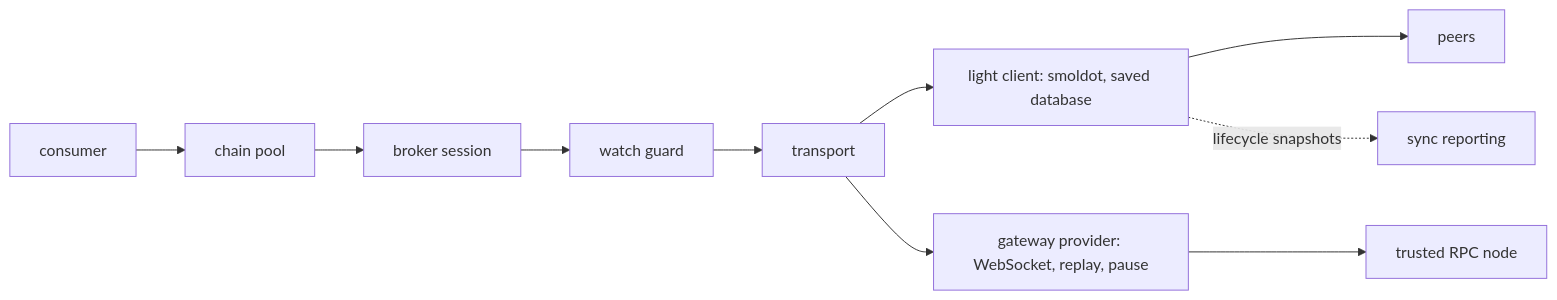
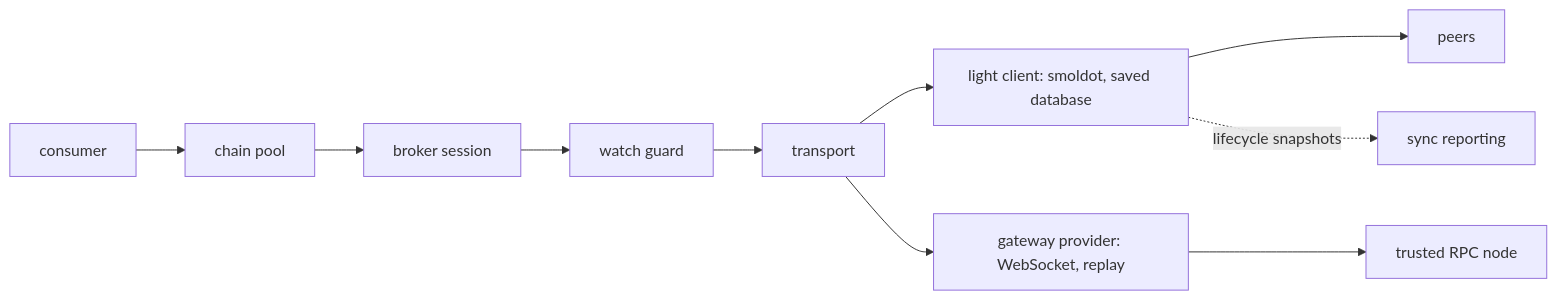
The diagram in packages/chains/README.md (paritytech/dotli-community), drawn with Mermaid before and after one commit. The commit also changed other lines of this file and 114 other files, not shown here.

````diff
--- a/packages/chains/README.md
+++ b/packages/chains/README.md
@@ -17,7 +17,7 @@
 ```mermaid
 flowchart LR
   consumer --> pool[chain pool] --> broker[broker session] --> guard[watch guard] --> transport
   transport --> lc["light client: smoldot, saved database"] --> peers
-  transport --> gw["gateway provider: WebSocket, replay, pause"] --> rpc[trusted RPC node]
+  transport --> gw["gateway provider: WebSocket, replay"] --> rpc[trusted RPC node]
   lc -. lifecycle snapshots .-> sync[sync reporting]
 ```
````
